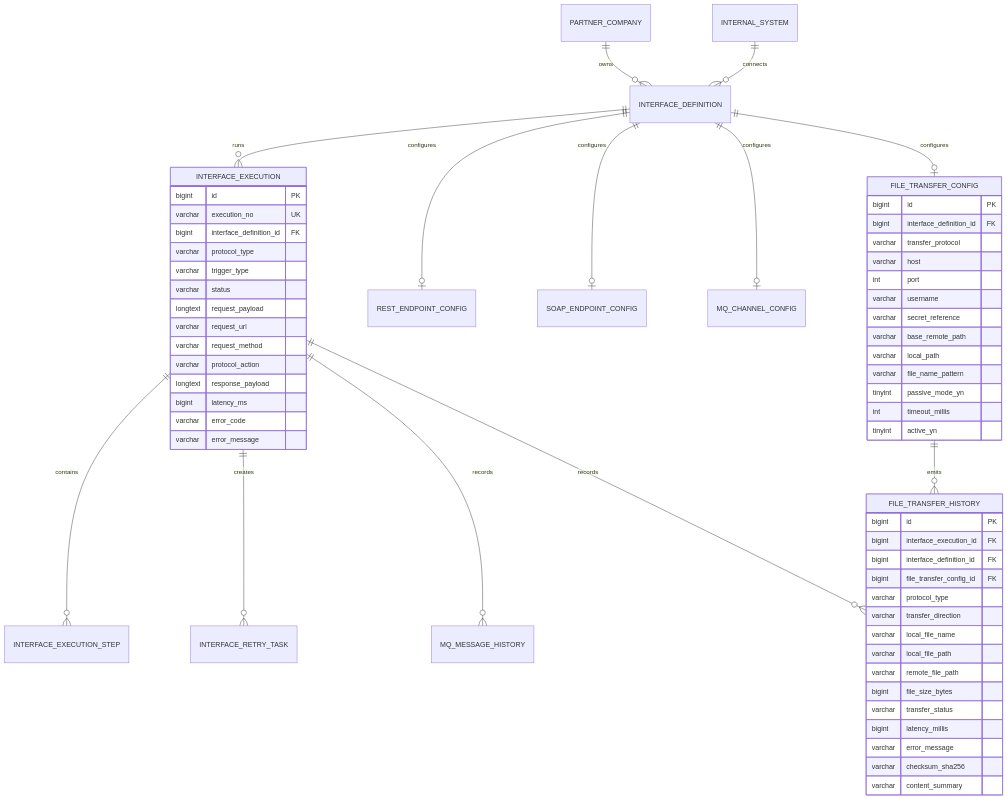
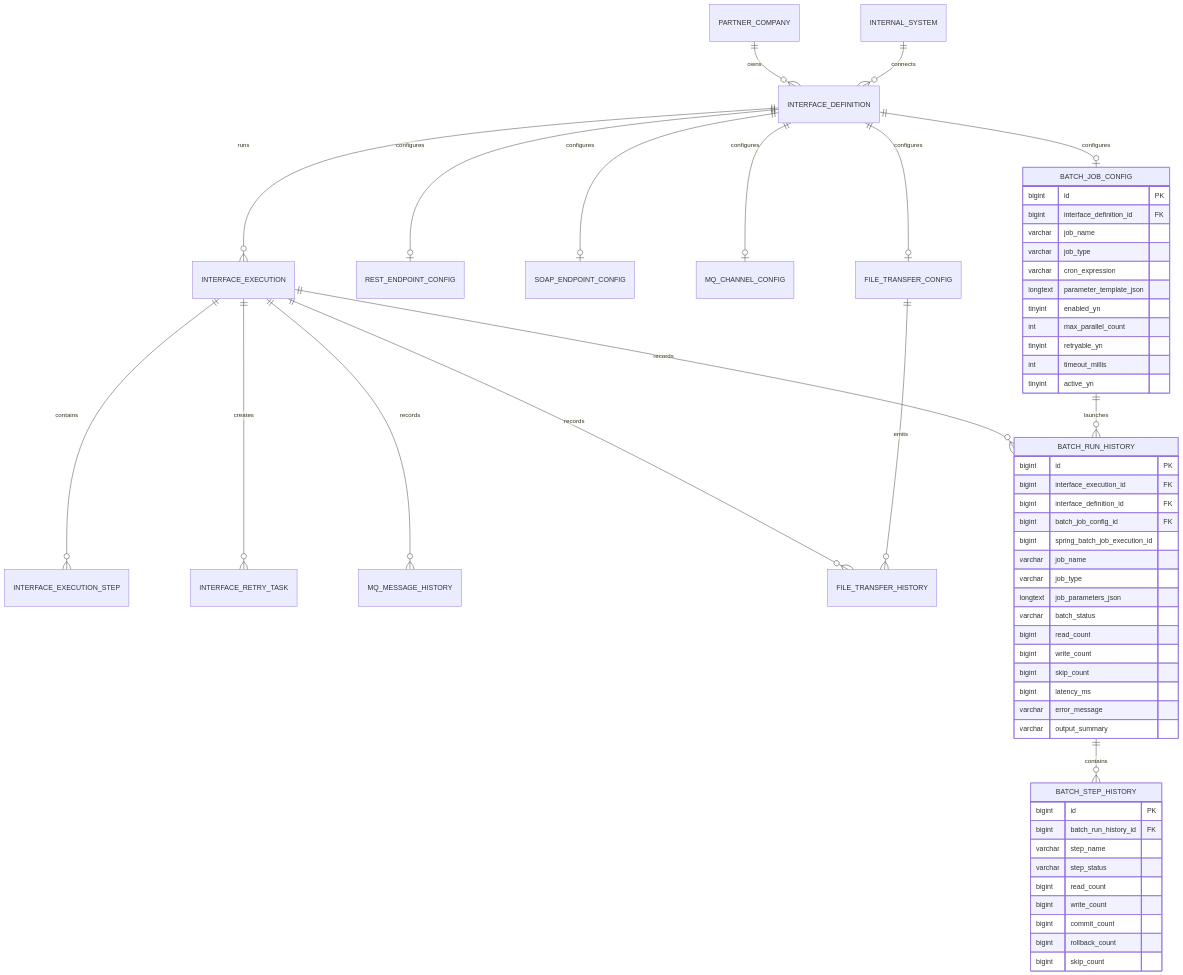
One commit to prozen99/Insurance_interface_hub changed the diagram in docs/03-erd.md. Above: the diagram before and after it, drawn with Mermaid. The commit also changed other lines of this file and 10 other files, not shown here.

````diff
--- a/docs/03-erd.md
+++ b/docs/03-erd.md
@@ -7,66 +7,63 @@
 ```mermaid
 erDiagram
     PARTNER_COMPANY ||--o{ INTERFACE_DEFINITION : owns
     INTERNAL_SYSTEM ||--o{ INTERFACE_DEFINITION : connects
     INTERFACE_DEFINITION ||--o{ INTERFACE_EXECUTION : runs
     INTERFACE_DEFINITION ||--o| REST_ENDPOINT_CONFIG : configures
     INTERFACE_DEFINITION ||--o| SOAP_ENDPOINT_CONFIG : configures
     INTERFACE_DEFINITION ||--o| MQ_CHANNEL_CONFIG : configures
     INTERFACE_DEFINITION ||--o| FILE_TRANSFER_CONFIG : configures
+    INTERFACE_DEFINITION ||--o| BATCH_JOB_CONFIG : configures
     INTERFACE_EXECUTION ||--o{ INTERFACE_EXECUTION_STEP : contains
     INTERFACE_EXECUTION ||--o{ INTERFACE_RETRY_TASK : creates
     INTERFACE_EXECUTION ||--o{ MQ_MESSAGE_HISTORY : records
     INTERFACE_EXECUTION ||--o{ FILE_TRANSFER_HISTORY : records
+    INTERFACE_EXECUTION ||--o{ BATCH_RUN_HISTORY : records
     FILE_TRANSFER_CONFIG ||--o{ FILE_TRANSFER_HISTORY : emits
+    BATCH_JOB_CONFIG ||--o{ BATCH_RUN_HISTORY : launches
+    BATCH_RUN_HISTORY ||--o{ BATCH_STEP_HISTORY : contains
 
-    FILE_TRANSFER_CONFIG {
+    BATCH_JOB_CONFIG {
         bigint id PK
         bigint interface_definition_id FK
-        varchar transfer_protocol
-        varchar host
-        int port
-        varchar username
-        varchar secret_reference
-        varchar base_remote_path
-        varchar local_path
-        varchar file_name_pattern
-        tinyint passive_mode_yn
+        varchar job_name
+        varchar job_type
+        varchar cron_expression
+        longtext parameter_template_json
+        tinyint enabled_yn
+        int max_parallel_count
+        tinyint retryable_yn
         int timeout_millis
         tinyint active_yn
     }
 
-    FILE_TRANSFER_HISTORY {
+    BATCH_RUN_HISTORY {
         bigint id PK
         bigint interface_execution_id FK
         bigint interface_definition_id FK
-        bigint file_transfer_config_id FK
-        varchar protocol_type
-        varchar transfer_direction
-        varchar local_file_name
-        varchar local_file_path
-        varchar remote_file_path
-        bigint file_size_bytes
-        varchar transfer_status
-        bigint latency_millis
+        bigint batch_job_config_id FK
+        bigint spring_batch_job_execution_id
+        varchar job_name
+        varchar job_type
+        longtext job_parameters_json
+        varchar batch_status
+        bigint read_count
+        bigint write_count
+        bigint skip_count
+        bigint latency_ms
         varchar error_message
-        varchar checksum_sha256
-        varchar content_summary
+        varchar output_summary
     }
 
-    INTERFACE_EXECUTION {
+    BATCH_STEP_HISTORY {
         bigint id PK
-        varchar execution_no UK
-        bigint interface_definition_id FK
-        varchar protocol_type
-        varchar trigger_type
-        varchar status
-        longtext request_payload
-        varchar request_url
-        varchar request_method
-        varchar protocol_action
-        longtext response_payload
-        bigint latency_ms
-        varchar error_code
-        varchar error_message
+        bigint batch_run_history_id FK
+        varchar step_name
+        varchar step_status
+        bigint read_count
+        bigint write_count
+        bigint commit_count
+        bigint rollback_count
+        bigint skip_count
     }
 ```
````
